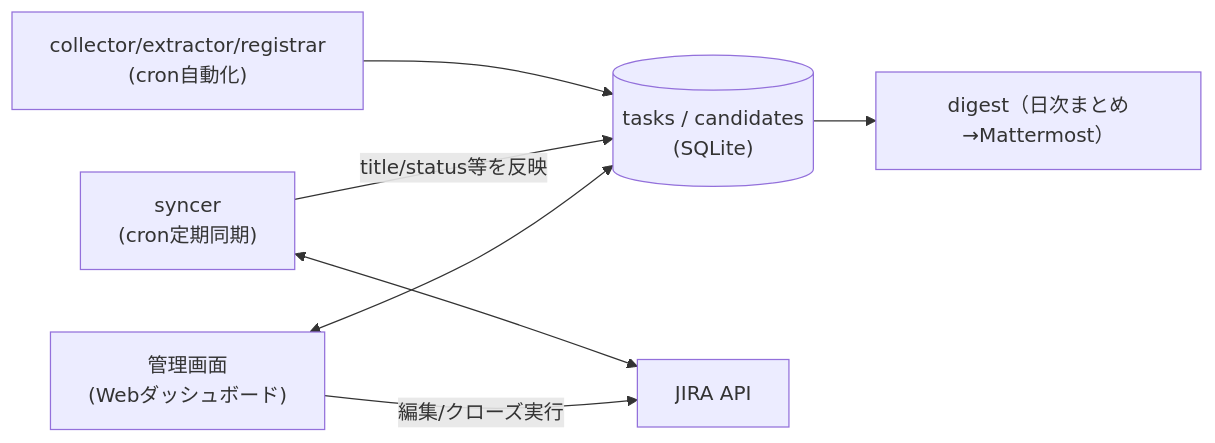
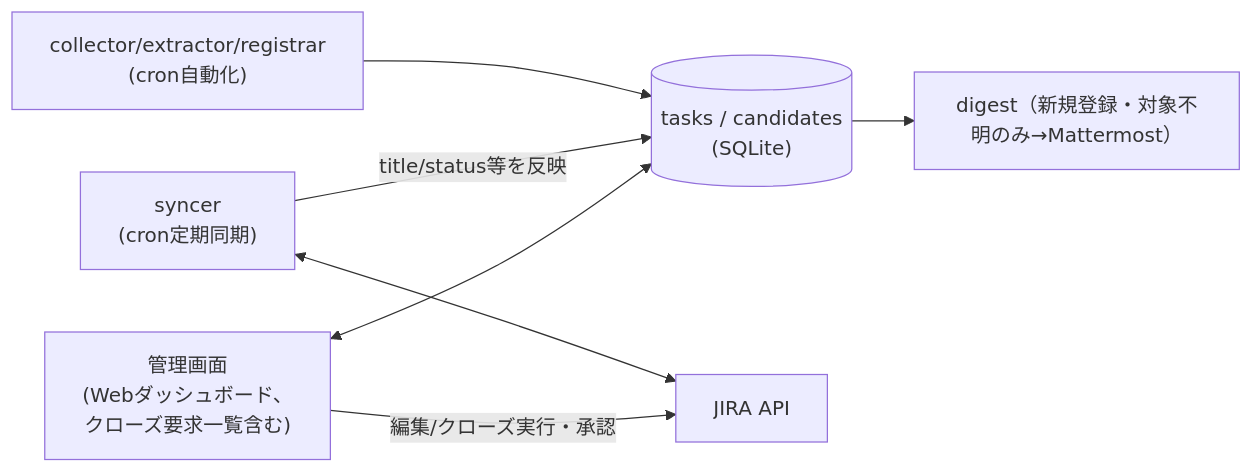
One commit to s-ono-123456/taskmanager changed the third of 3 diagrams in docs/design/task-management-automation.md. Above: the diagram before and after it, drawn with Mermaid. The commit also changed other lines of this file and 3 other files, not shown here.

````diff
--- a/docs/design/task-management-automation.md
+++ b/docs/design/task-management-automation.md
@@ -239,9 +249,9 @@
 ```mermaid
 flowchart LR
-    DASH["管理画面<br/>(Webダッシュボード)"] <--> DB[("tasks / candidates<br/>(SQLite)")]
-    DASH -->|編集/クローズ実行| JIRAAPI["JIRA API"]
+    DASH["管理画面<br/>(Webダッシュボード、<br/>クローズ要求一覧含む)"] <--> DB[("tasks / candidates<br/>(SQLite)")]
+    DASH -->|編集/クローズ実行・承認| JIRAAPI["JIRA API"]
     SYNCER["syncer<br/>(cron定期同期)"] <--> JIRAAPI
     SYNCER -->|title/status等を反映| DB
     COLLECT["collector/extractor/registrar<br/>(cron自動化)"] --> DB
-    DB --> DIGEST["digest（日次まとめ→Mattermost）"]
+    DB --> DIGEST["digest（新規登録・対象不明のみ→Mattermost）"]
 ```
````
